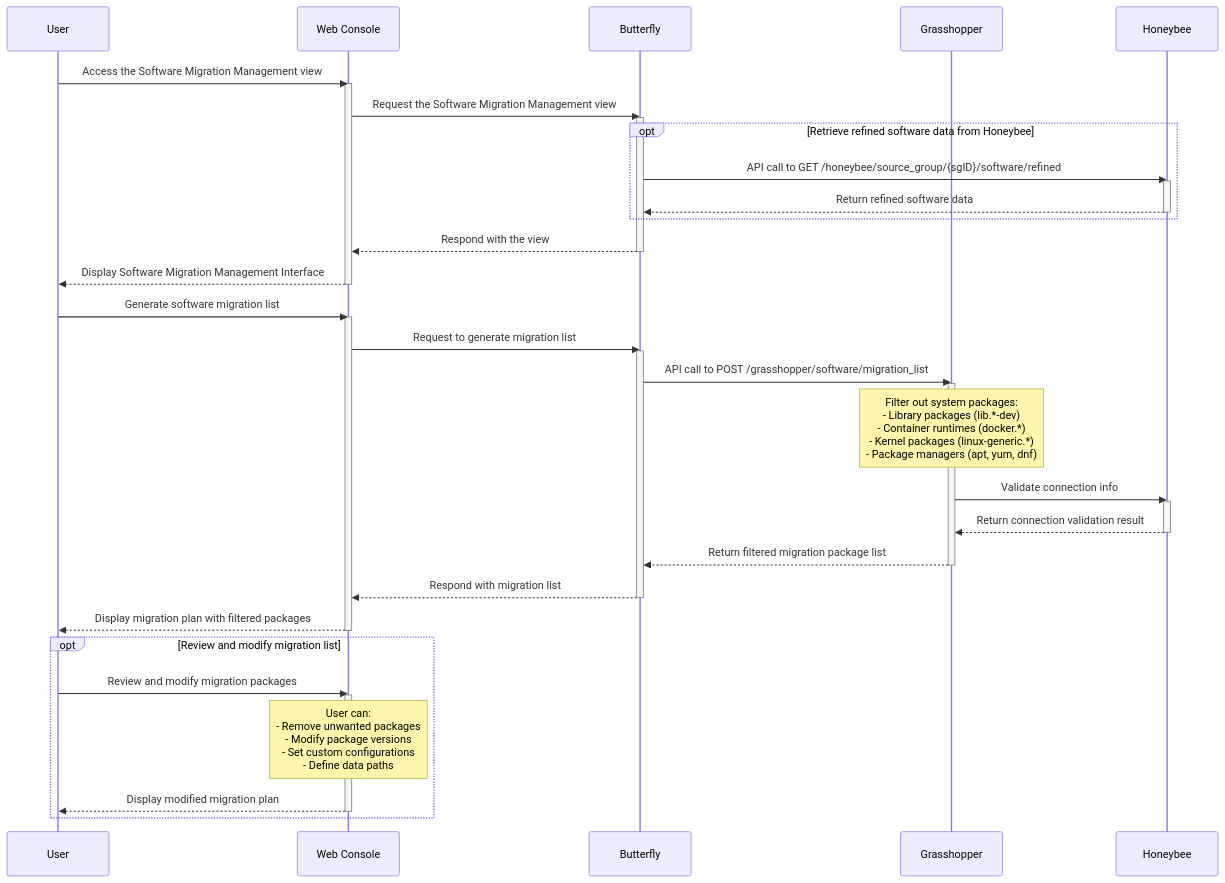
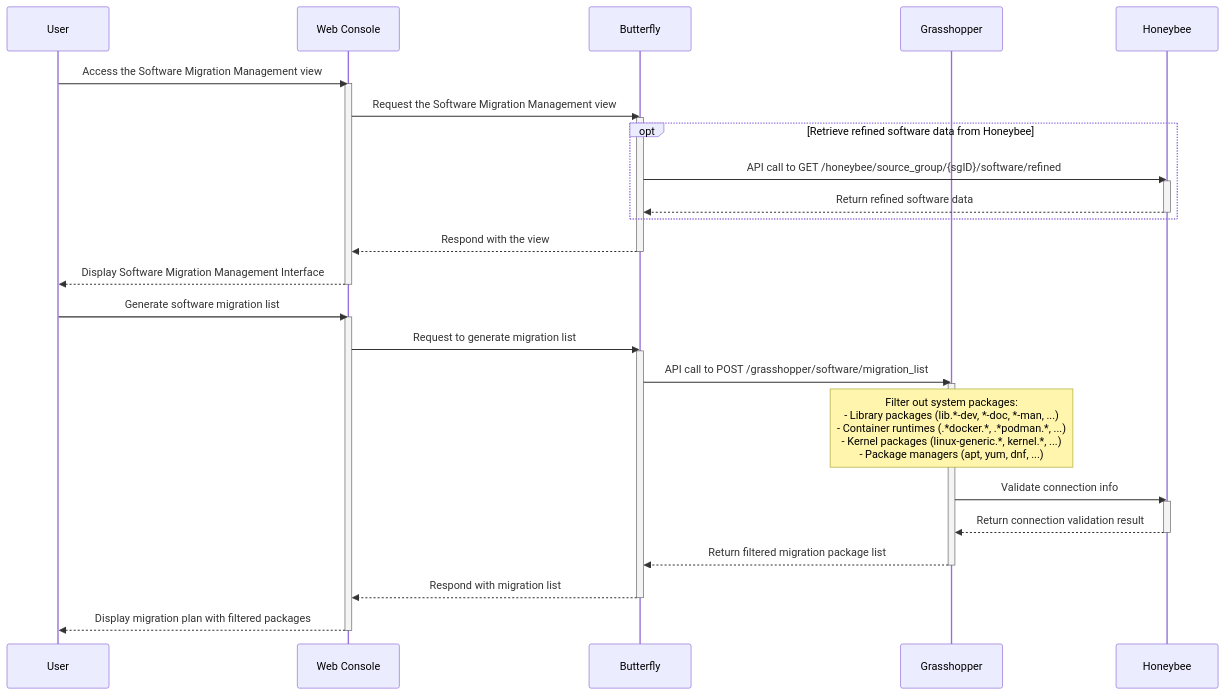
One commit to cloud-barista/cloud-migrator changed the fourth of 6 diagrams in docs/02-user-scenario-for-software-migration.md. Above: the diagram before and after it, drawn with Mermaid. The commit also changed other lines of this file, not shown here.

Commit message:
docs: software: Add description to 'Generate software migration list and plan'

````diff
--- a/docs/02-user-scenario-for-software-migration.md
+++ b/docs/02-user-scenario-for-software-migration.md
@@ -199,52 +215,43 @@
 ```mermaid
 sequenceDiagram
     participant User as User
     participant Browser as Web Console
     participant Butterfly as Butterfly
     participant Grasshopper as Grasshopper
     participant Honeybee as Honeybee
 
     %% Step 0: User accesses Software Migration Management View
     User->>Browser: Access the Software Migration Management view
     activate Browser
     Browser->>Butterfly: Request the Software Migration Management view
     activate Butterfly
     opt Retrieve refined software data from Honeybee
         Butterfly->>Honeybee: API call to GET /honeybee/source_group/{sgID}/software/refined
         activate Honeybee
         Honeybee-->>Butterfly: Return refined software data
         deactivate Honeybee
     end
     Butterfly-->>Browser: Respond with the view
     deactivate Butterfly
     Browser-->>User: Display Software Migration Management Interface
     deactivate Browser
 
     %% Step 1: Generate Migration List
     User->>Browser: Generate software migration list
     activate Browser
     Browser->>Butterfly: Request to generate migration list
     activate Butterfly
     Butterfly->>Grasshopper: API call to POST /grasshopper/software/migration_list
     activate Grasshopper
-    Note over Grasshopper: Filter out system packages:<br/>- Library packages (lib.*-dev)<br/>- Container runtimes (docker.*)<br/>- Kernel packages (linux-generic.*)<br/>- Package managers (apt, yum, dnf)
+    Note over Grasshopper: Filter out system packages:<br/>- Library packages (lib.*-dev, *-doc, *-man, ...)<br/>- Container runtimes (.*docker.*, .*podman.*, ...)<br/>- Kernel packages (linux-generic.*, kernel.*, ...)<br/>- Package managers (apt, yum, dnf, ...)
     Grasshopper->>Honeybee: Validate connection info
     activate Honeybee
     Honeybee-->>Grasshopper: Return connection validation result
     deactivate Honeybee
     Grasshopper-->>Butterfly: Return filtered migration package list
     deactivate Grasshopper
     Butterfly-->>Browser: Respond with migration list
     deactivate Butterfly
     Browser-->>User: Display migration plan with filtered packages
     deactivate Browser
-
-    %% Step 2: Review and Modify Migration List
-    opt Review and modify migration list
-        User->>Browser: Review and modify migration packages
-        activate Browser
-        Note over Browser: User can:<br/>- Remove unwanted packages<br/>- Modify package versions<br/>- Set custom configurations<br/>- Define data paths
-        Browser-->>User: Display modified migration plan
-        deactivate Browser
-    end
 ```
````
